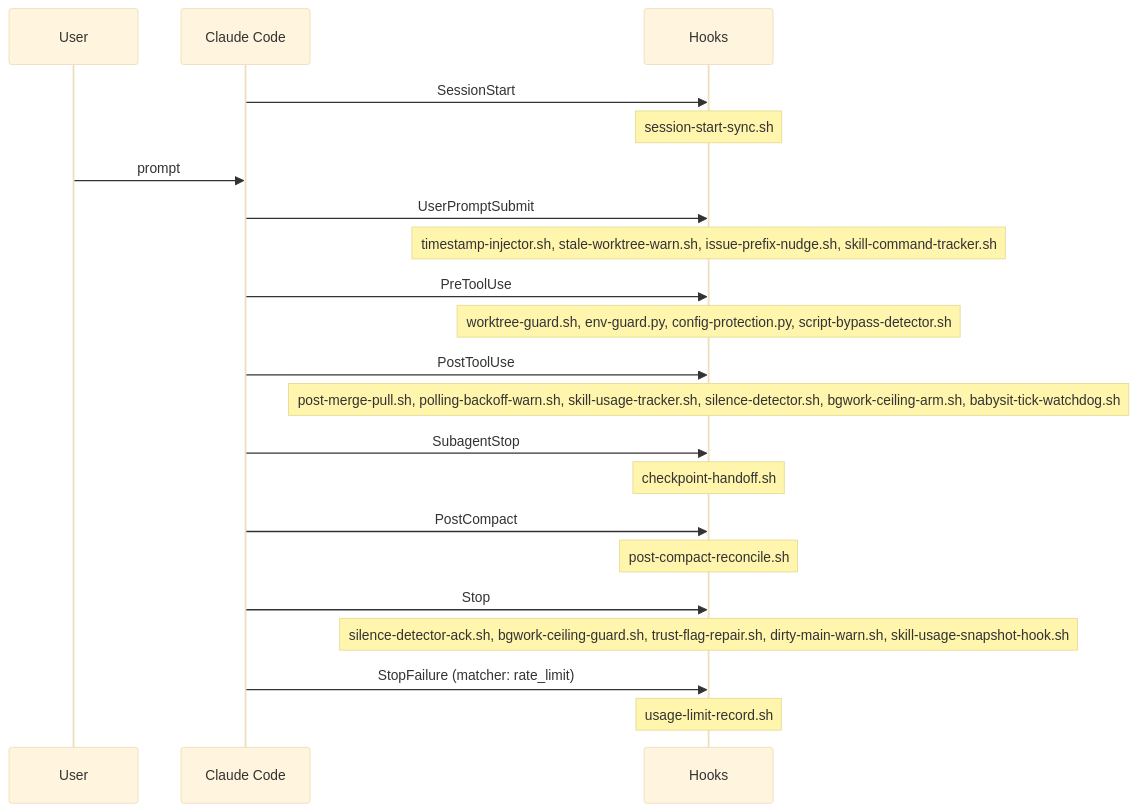
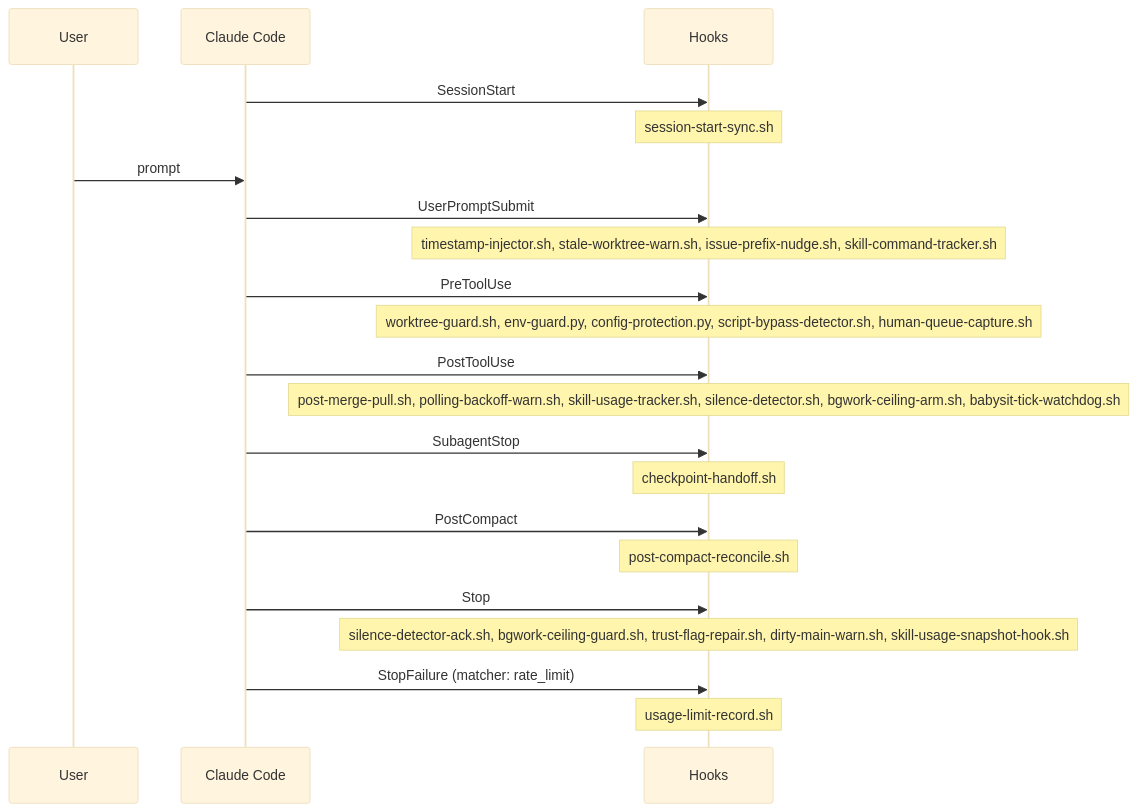
One commit to auerbachb/claude-code-config changed the diagram in .claude/reference/diagrams/hook-lifecycle.md. Above: the diagram before and after it, drawn with Mermaid (base theme). The commit also changed 13 other files, not shown here.

First line of the commit message:
feat(#1755): human-queue capture hook — questions go to the store while a live desk exists (#1789)

````diff
--- a/.claude/reference/diagrams/hook-lifecycle.md
+++ b/.claude/reference/diagrams/hook-lifecycle.md
@@ -3,23 +3,23 @@
 ```mermaid
 sequenceDiagram
   participant U as User
   participant CC as Claude Code
   participant H as Hooks
   CC->>H: SessionStart
   Note over H: session-start-sync.sh
   U->>CC: prompt
   CC->>H: UserPromptSubmit
   Note over H: timestamp-injector.sh, stale-worktree-warn.sh, issue-prefix-nudge.sh, skill-command-tracker.sh
   CC->>H: PreToolUse
-  Note over H: worktree-guard.sh, env-guard.py, config-protection.py, script-bypass-detector.sh
+  Note over H: worktree-guard.sh, env-guard.py, config-protection.py, script-bypass-detector.sh, human-queue-capture.sh
   CC->>H: PostToolUse
   Note over H: post-merge-pull.sh, polling-backoff-warn.sh, skill-usage-tracker.sh, silence-detector.sh, bgwork-ceiling-arm.sh, babysit-tick-watchdog.sh
   CC->>H: SubagentStop
   Note over H: checkpoint-handoff.sh
   CC->>H: PostCompact
   Note over H: post-compact-reconcile.sh
   CC->>H: Stop
   Note over H: silence-detector-ack.sh, bgwork-ceiling-guard.sh, trust-flag-repair.sh, dirty-main-warn.sh, skill-usage-snapshot-hook.sh
   CC->>H: StopFailure (matcher: rate_limit)
   Note over H: usage-limit-record.sh
 ```
````
